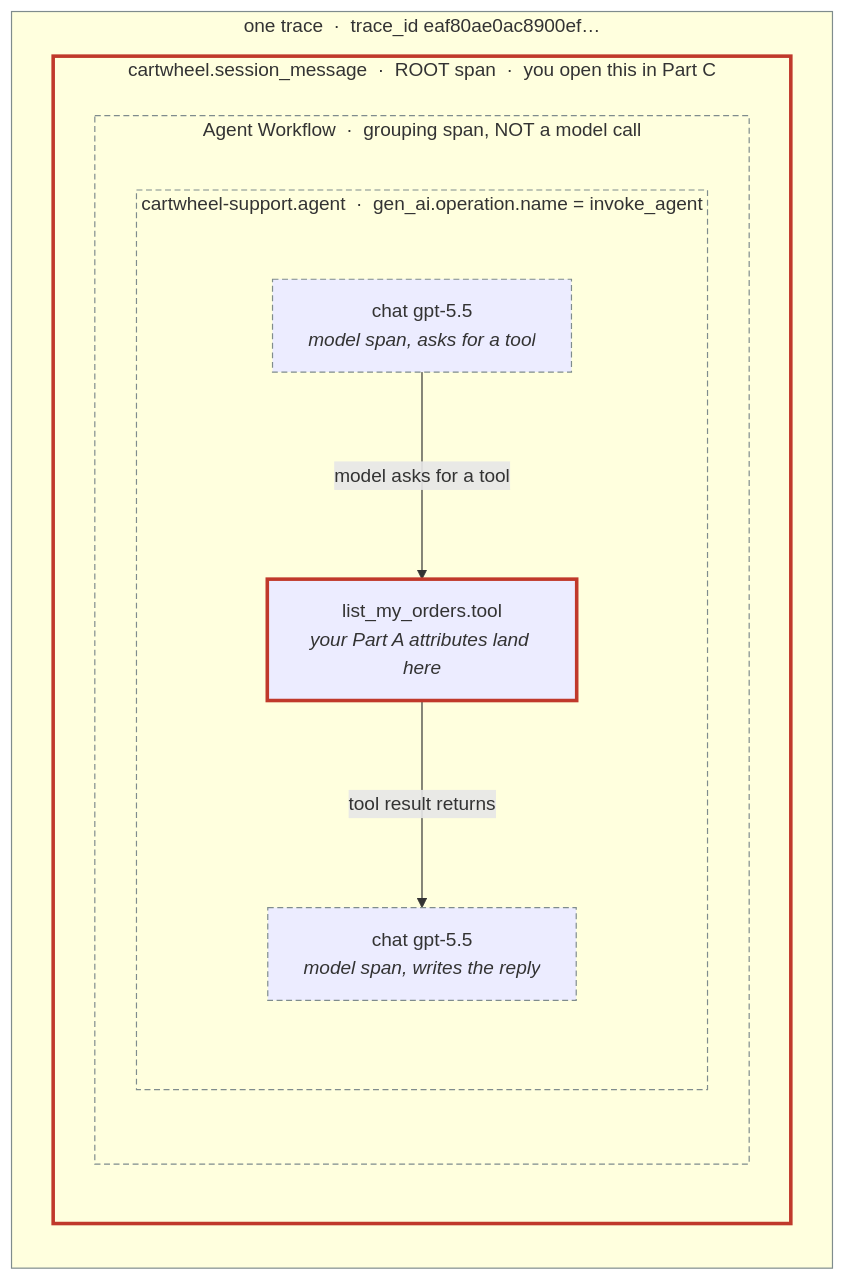
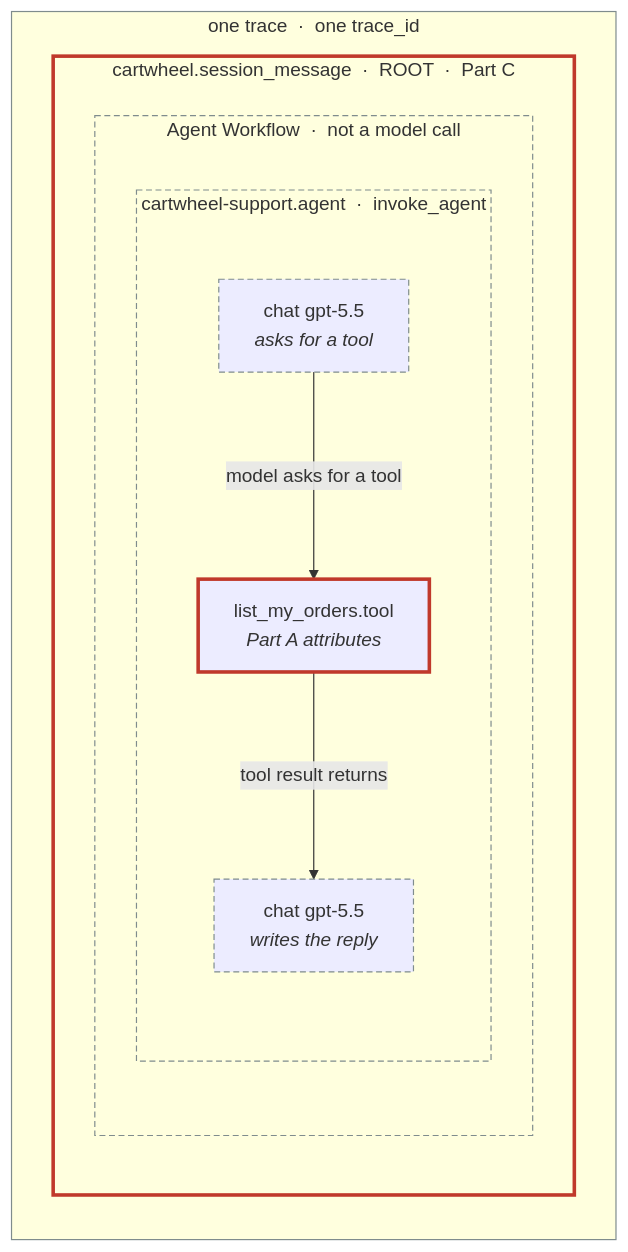
Before and after one commit to edangx100/cartwheel-homeworks: the second of 3 diagrams in homework/module-1/homework_2_diagram.md, drawn with Mermaid. The commit also changed other lines of this file, not shown here.

First line of the commit message:
docs(hw2): shorten the diagram labels so they stop clipping

````diff
--- a/homework/module-1/homework_2_diagram.md
+++ b/homework/module-1/homework_2_diagram.md
@@ -128,30 +161,30 @@
 ```mermaid
 flowchart TD
-    subgraph TR["one trace &nbsp;·&nbsp; trace_id eaf80ae0ac8900ef…"]
+    subgraph TR["one trace &nbsp;·&nbsp; one trace_id"]
         direction TB
-        subgraph ROOT["cartwheel.session_message &nbsp;·&nbsp; ROOT span &nbsp;·&nbsp; you open this in Part C"]
+        subgraph ROOT["cartwheel.session_message &nbsp;·&nbsp; ROOT &nbsp;·&nbsp; Part C"]
             direction TB
-            subgraph WF["Agent Workflow &nbsp;·&nbsp; grouping span, NOT a model call"]
+            subgraph WF["Agent Workflow &nbsp;·&nbsp; not a model call"]
                 direction TB
-                subgraph AG["cartwheel-support.agent &nbsp;·&nbsp; gen_ai.operation.name = invoke_agent"]
+                subgraph AG["cartwheel-support.agent &nbsp;·&nbsp; invoke_agent"]
                     direction TB
-                    M1["chat gpt-5.5<br/><i>model span, asks for a tool</i>"]
-                    TS["list_my_orders.tool<br/><i>your Part A attributes land here</i>"]
-                    M2["chat gpt-5.5<br/><i>model span, writes the reply</i>"]
+                    M1["chat gpt-5.5<br/><i>asks for a tool</i>"]
+                    TS["list_my_orders.tool<br/><i>Part A attributes</i>"]
+                    M2["chat gpt-5.5<br/><i>writes the reply</i>"]
                 end
             end
         end
     end
 
     M1 -->|"model asks for a tool"| TS
     TS -->|"tool result returns"| M2
 
     classDef yours stroke:#c0392b,stroke-width:3px
     classDef auto stroke:#7f8c8d,stroke-width:1px,stroke-dasharray: 5 3
     class TS yours
     class M1,M2 auto
     style ROOT stroke:#c0392b,stroke-width:3px
     style WF stroke:#7f8c8d,stroke-width:1px,stroke-dasharray: 5 3
     style AG stroke:#7f8c8d,stroke-width:1px,stroke-dasharray: 5 3
     style TR stroke:#7f8c8d,stroke-width:1px
 ```
````
